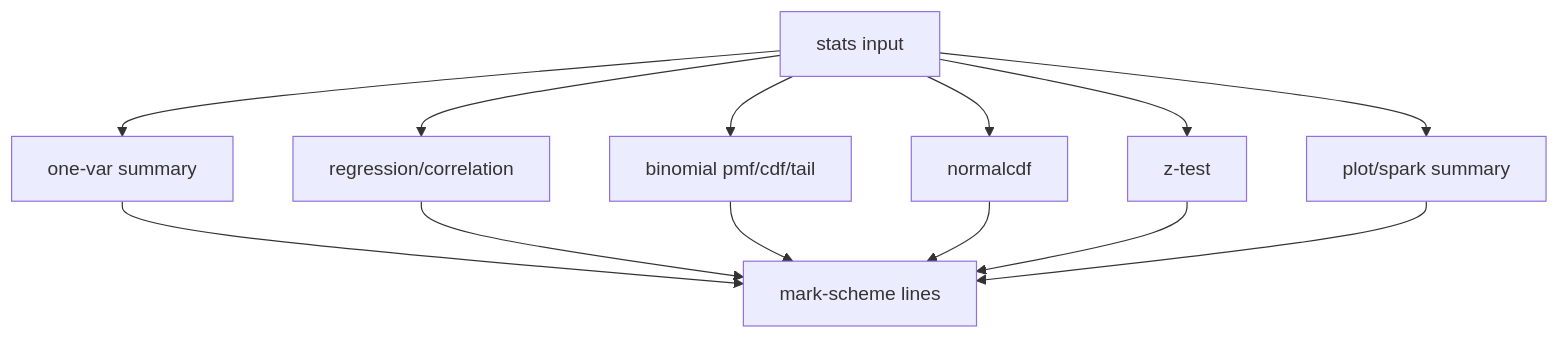
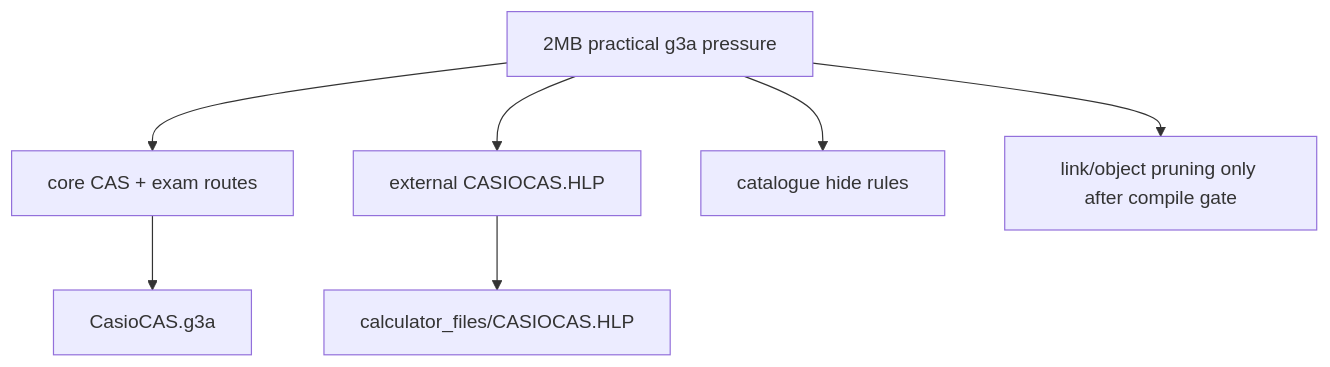
Before and after one commit to james8464/notes-addin-casio-fx-cg50: the seventh of 8 diagrams in c++/GRAPH.md, drawn with Mermaid. The commit also changed other lines of this file, not shown here.

Commit message:
Rebuild compact project graph

````diff
--- a/c++/GRAPH.md
+++ b/c++/GRAPH.md
@@ -150,15 +164,9 @@
 ```mermaid
 graph TD
-  S["stats input"] --> O["one-var summary"]
-  S --> R["regression/correlation"]
-  S --> Bn["binomial pmf/cdf/tail"]
-  S --> N["normalcdf"]
-  S --> Z["z-test"]
-  S --> P["plot/spark summary"]
-  O --> W["mark-scheme lines"]
-  R --> W
-  Bn --> W
-  N --> W
-  Z --> W
-  P --> W
+  ROM["2MB practical g3a pressure"] --> Keep["core CAS + exam routes"]
+  ROM --> Offload["external CASIOCAS.HLP"]
+  ROM --> Hide["catalogue hide rules"]
+  ROM --> Prune["link/object pruning only after compile gate"]
+  Keep --> Calc["CasioCAS.g3a"]
+  Offload --> Files["calculator_files/CASIOCAS.HLP"]
 ```
````
